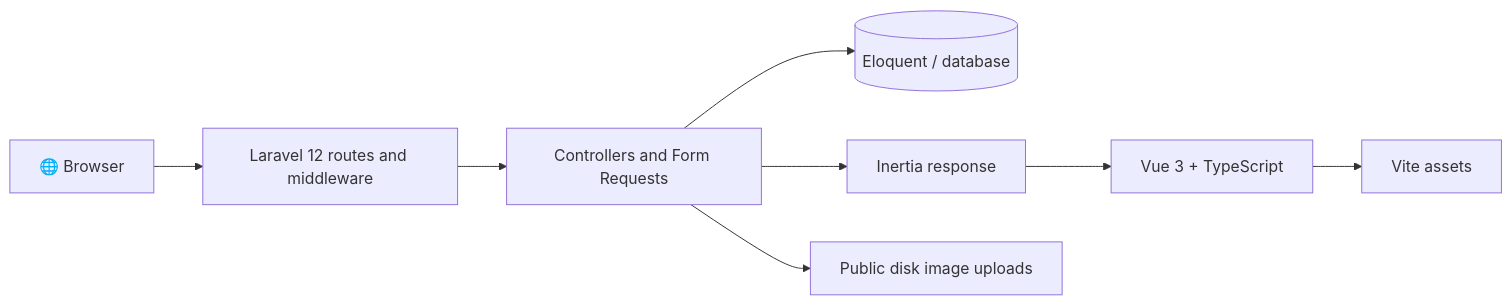
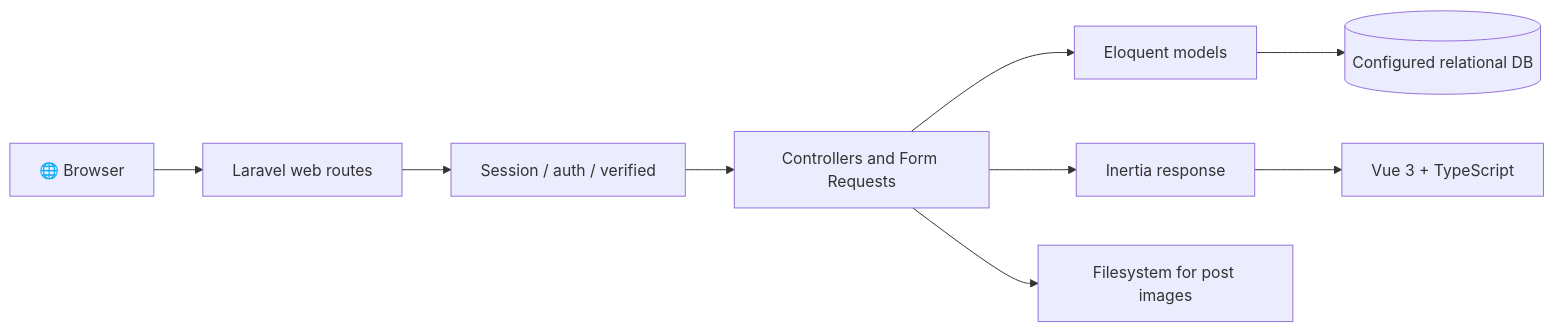
Before and after one commit to Brajesh31/blog-management-system-laravel-vue-app: the first of 3 diagrams in README.md, drawn with Mermaid. The commit also changed other lines of this file, not shown here.

````diff
--- a/README.md
+++ b/README.md
@@ -134,10 +275,11 @@
 ```mermaid
 flowchart LR
- Browser[🌐 Browser] --> Laravel[Laravel 12 routes and middleware]
- Laravel --> Controller[Controllers and Form Requests]
- Controller --> DB[(Eloquent / database)]
- Controller --> Inertia[Inertia response]
- Inertia --> Vue[Vue 3 + TypeScript]
- Vue --> Vite[Vite assets]
- Controller --> Uploads[Public disk image uploads]
+  Browser[🌐 Browser] --> Routes[Laravel web routes]
+  Routes --> Middleware[Session / auth / verified]
+  Middleware --> Controller[Controllers and Form Requests]
+  Controller --> Models[Eloquent models]
+  Models --> DB[(Configured relational DB)]
+  Controller --> Inertia[Inertia response]
+  Inertia --> Vue[Vue 3 + TypeScript]
+  Controller --> Files[Filesystem for post images]
 ```
````
